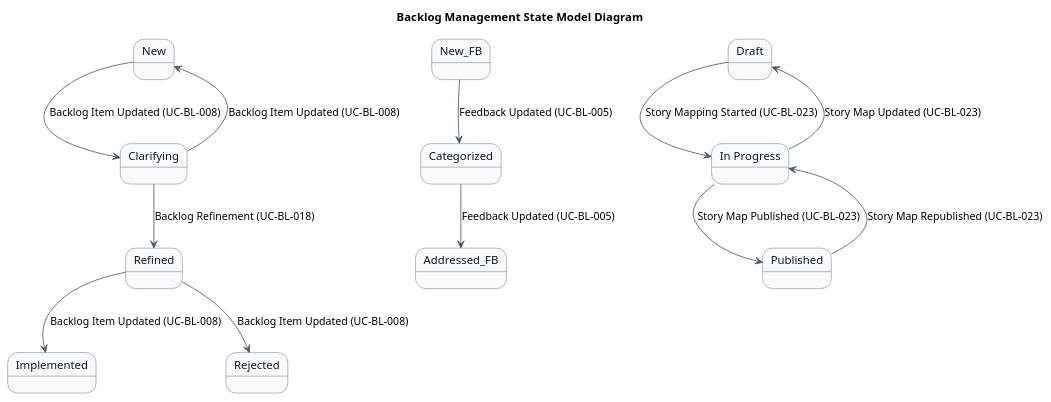
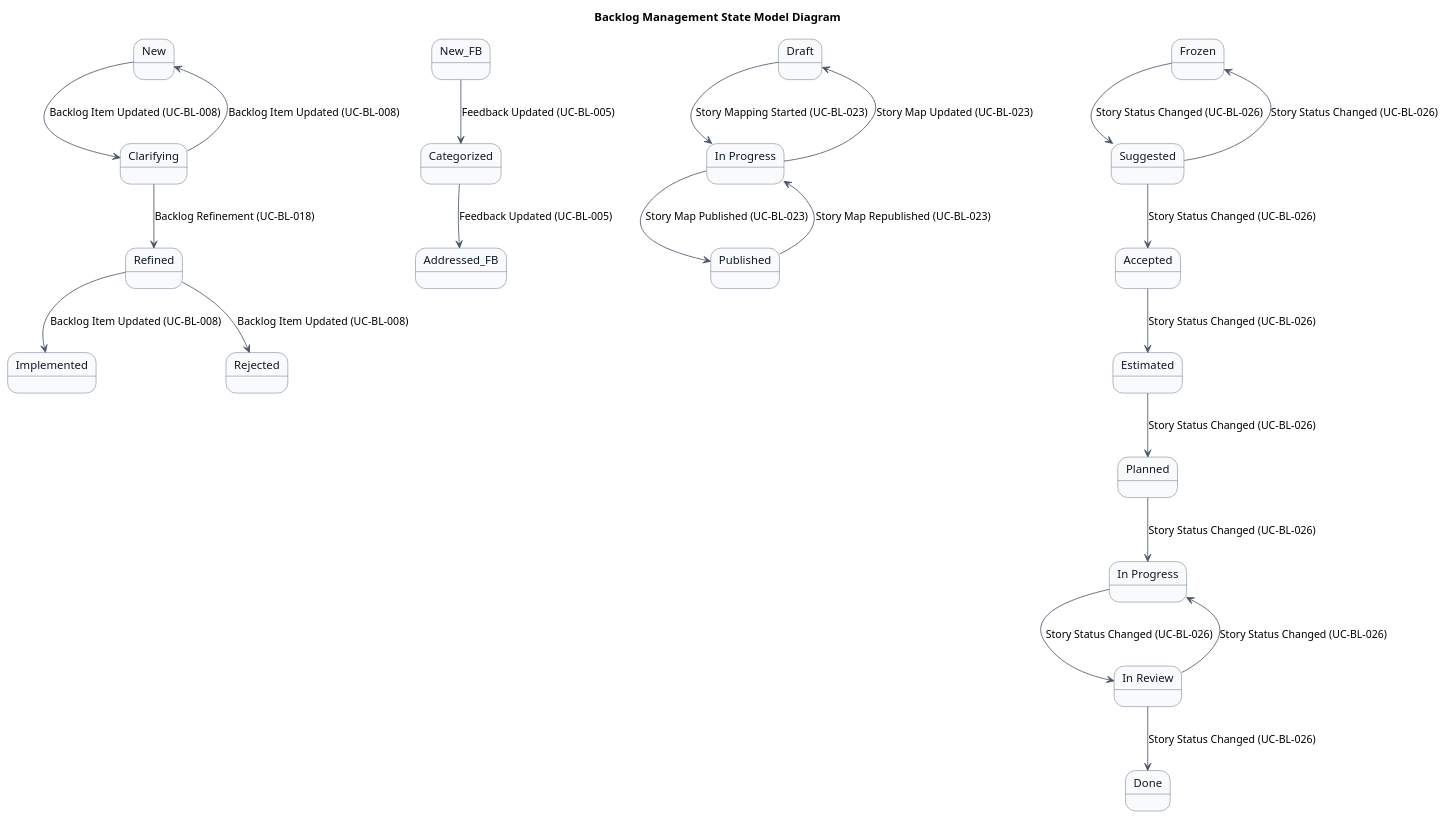
The first of 2 diagrams in docs/22 要件定義書/AG アジルーム/03 機能要件/AG-02 要求バックログ管理/04.システム/02.ステート/ステートマシン図.md (mizo432/modulith-learning), drawn with PlantUML before and after one commit. The commit also changed other lines of this file and 9 other files, not shown here.

````diff
--- a/docs/22 要件定義書/AG アジルーム/03 機能要件/AG-02 要求バックログ管理/04.システム/02.ステート/ステートマシン図.md
+++ b/docs/22 要件定義書/AG アジルーム/03 機能要件/AG-02 要求バックログ管理/04.システム/02.ステート/ステートマシン図.md
@@ -11,46 +11,67 @@
 ```plantuml
 @startuml
 title Backlog Management State Model Diagram
 skinparam state {
   BackgroundColor #F8FAFC
   BorderColor #475569
   FontColor #0F172A
 }
 skinparam arrowColor #475569
 skinparam shadowing false
 
 ' Backlog Item states
 state "New" as New_BL <<entry>>
 state "Clarifying" as Clarifying_BL
 state "Refined" as Refined_BL
 state "Implemented" as Implemented_BL <<exit>>
 state "Rejected" as Rejected_BL <<exit>>
 
 ' Feedback states
 state "New_FB" as New_FB <<entry>>
 state "Categorized" as Categorized_FB
 state "Addressed_FB" as Addressed_FB <<exit>>
 
 ' Backlog Item transitions
 New_BL --> Clarifying_BL : Backlog Item Updated (UC-BL-008)
 Clarifying_BL --> New_BL : Backlog Item Updated (UC-BL-008)
 Clarifying_BL --> Refined_BL : Backlog Refinement (UC-BL-018)
 Refined_BL --> Implemented_BL : Backlog Item Updated (UC-BL-008)
 Refined_BL --> Rejected_BL : Backlog Item Updated (UC-BL-008)
 
 ' Feedback transitions
 New_FB --> Categorized_FB : Feedback Updated (UC-BL-005)
 Categorized_FB --> Addressed_FB : Feedback Updated (UC-BL-005)
 
 ' Story Map states
 state "Draft" as Draft_SM <<entry>>
 state "In Progress" as InProgress_SM
 state "Published" as Published_SM <<exit>>
 
 ' Story Map transitions
 Draft_SM --> InProgress_SM : Story Mapping Started (UC-BL-023)
 InProgress_SM --> Draft_SM : Story Map Updated (UC-BL-023)
 InProgress_SM --> Published_SM : Story Map Published (UC-BL-023)
 Published_SM --> InProgress_SM : Story Map Republished (UC-BL-023)
+
+' Story Status states
+state "Frozen" as Frozen <<entry>>
+state "Suggested" as Suggested
+state "Accepted" as Accepted
+state "Estimated" as Estimated
+state "Planned" as Planned
+state "In Progress" as InProgress_ST
+state "In Review" as InReview
+state "Done" as Done <<exit>>
+
+' Story Status transitions
+Frozen --> Suggested : Story Status Changed (UC-BL-026)
+Suggested --> Accepted : Story Status Changed (UC-BL-026)
+Suggested --> Frozen : Story Status Changed (UC-BL-026)
+Accepted --> Estimated : Story Status Changed (UC-BL-026)
+Estimated --> Planned : Story Status Changed (UC-BL-026)
+Planned --> InProgress_ST : Story Status Changed (UC-BL-026)
+InProgress_ST --> InReview : Story Status Changed (UC-BL-026)
+InReview --> Done : Story Status Changed (UC-BL-026)
+InReview --> InProgress_ST : Story Status Changed (UC-BL-026)
 @enduml
 ```
````
